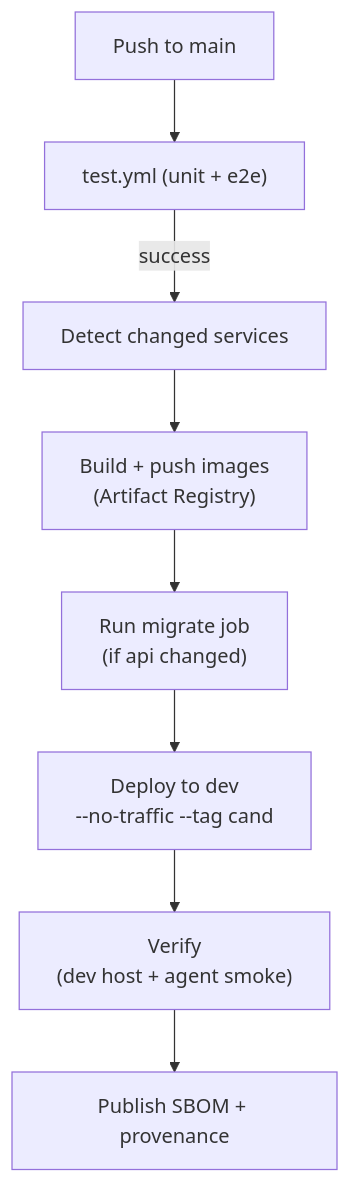
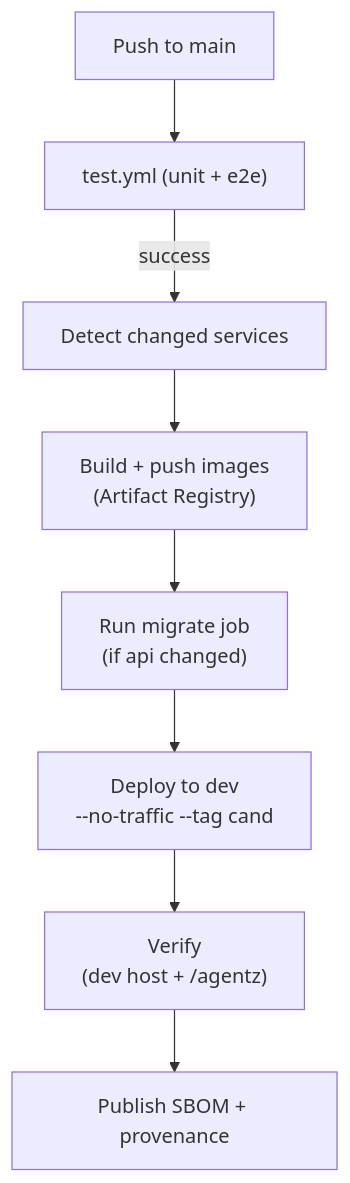
The first of 2 diagrams in docs/deployment.md (ALucek/chat-lucek), drawn with Mermaid before and after one commit. The commit also changed other lines of this file and 20 other files, not shown here.

First line of the commit message:
feat: agent dev/prod split via host routing and /agentz check (#227)

````diff
--- a/docs/deployment.md
+++ b/docs/deployment.md
@@ -13,10 +13,10 @@
 ```mermaid
 flowchart TB
     push["Push to main"] --> test["test.yml (unit + e2e)"]
     test -->|success| changes["Detect changed services"]
     changes --> build["Build + push images<br/>(Artifact Registry)"]
     build --> migrate["Run migrate job<br/>(if api changed)"]
     migrate --> cand["Deploy to dev<br/>--no-traffic --tag cand"]
-    cand --> verify["Verify<br/>(dev host + agent smoke)"]
+    cand --> verify["Verify<br/>(dev host + /agentz)"]
     verify --> attest["Publish SBOM + provenance"]
 ```
````
